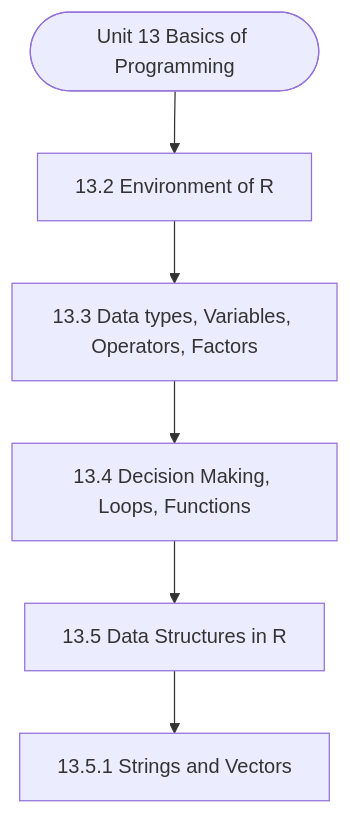
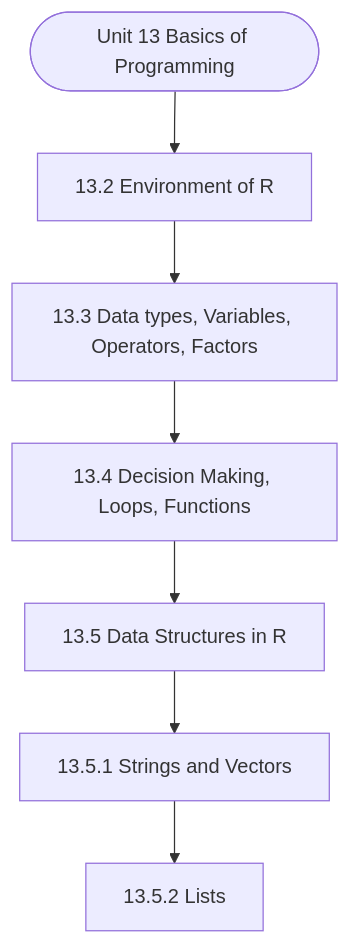
The diagram in notes/Semester_2/MCS-068_Predictive_Data_Analysis/unit_13_Basics_of_Programming.md (Asutosh-Coaching/mscdsa), drawn with Mermaid before and after one commit. The commit also changed other lines of this file and 116 other files, not shown here.

````diff
--- a/notes/Semester_2/MCS-068_Predictive_Data_Analysis/unit_13_Basics_of_Programming.md
+++ b/notes/Semester_2/MCS-068_Predictive_Data_Analysis/unit_13_Basics_of_Programming.md
@@ -19,14 +19,16 @@
 ```mermaid
 flowchart TD
   Start(["Unit 13 Basics of Programming"])
   N1["13.2 Environment of R"]
   N2["13.3 Data types, Variables, Operators, Factors"]
   N3["13.4 Decision Making, Loops, Functions"]
   N4["13.5 Data Structures in R"]
   N5["13.5.1 Strings and Vectors"]
+  N6["13.5.2 Lists"]
   Start --> N1
   N1 --> N2
   N2 --> N3
   N3 --> N4
   N4 --> N5
+  N5 --> N6
 ```
````
